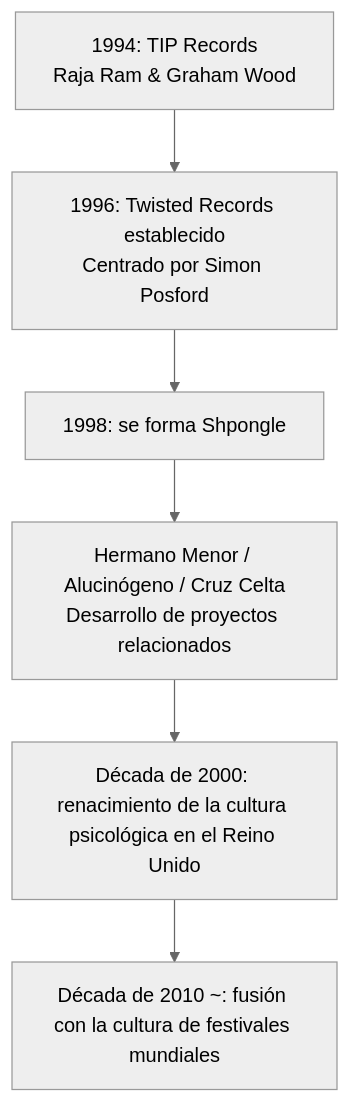
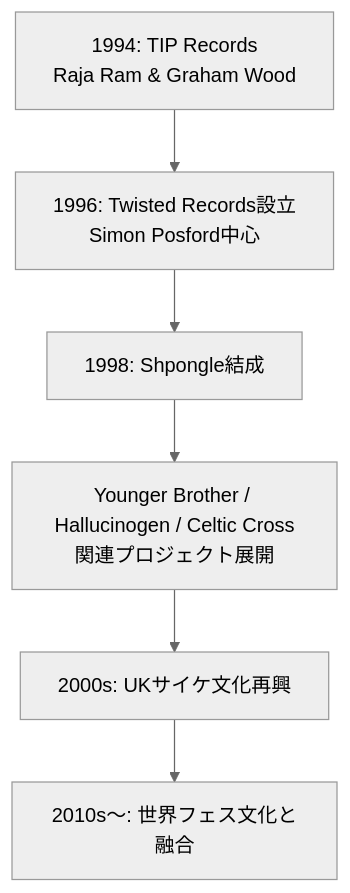
Before and after one commit to monumental-movement/monumental-movement.github.io: the first of 4 diagrams in es/_posts/2025-10-05-Column-Shpongle.md, drawn with Mermaid (neutral theme). The commit also changed other lines of this file and 299 other files, not shown here.

```diff
--- a/es/_posts/2025-10-05-Column-Shpongle.md
+++ b/es/_posts/2025-10-05-Column-Shpongle.md
@@ -64,10 +64,10 @@
 <div class="mermaid">
 
 flowchart TD
-  A["1994: TIP Records<br>Raja Ram & Graham Wood"] --> B["1996: Twisted Records establecido<br>Centrado por Simon Posford"]
-  B --> C["1998: se forma Shpongle"]
-  C --> D["Hermano Menor / Alucinógeno / Cruz Celta<br>Desarrollo de proyectos relacionados"]
-  D --> E["Década de 2000: renacimiento de la cultura psicológica en el Reino Unido"]
-  E --> F["Década de 2010 ~: fusión con la cultura de festivales mundiales"]
+  A["1994: TIP Records<br>Raja Ram & Graham Wood"] --> B["1996: Twisted Records設立<br>Simon Posford中心"]
+  B --> C["1998: Shpongle結成"]
+  C --> D["Younger Brother / Hallucinogen / Celtic Cross<br>関連プロジェクト展開"]
+  D --> E["2000s: UKサイケ文化再興"]
+  E --> F["2010s〜: 世界フェス文化と融合"]
 
 </div>
```
